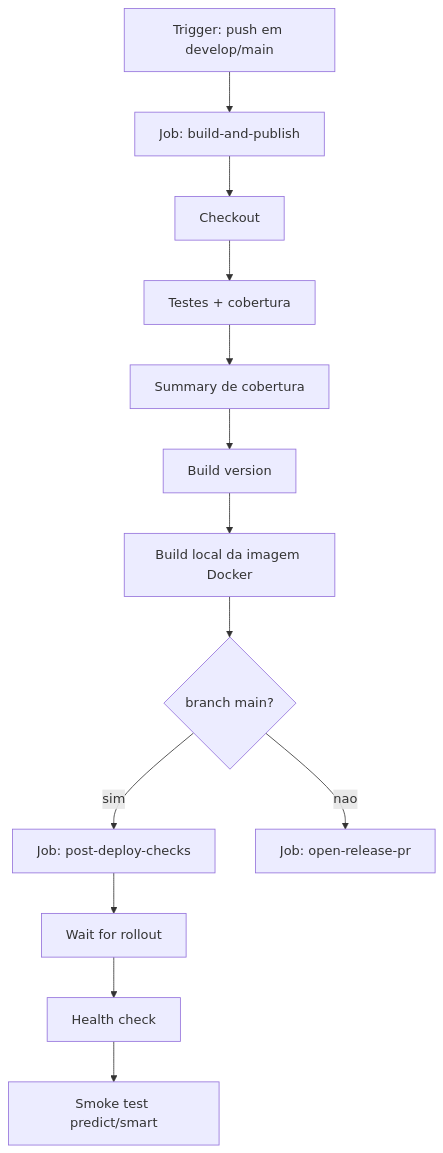
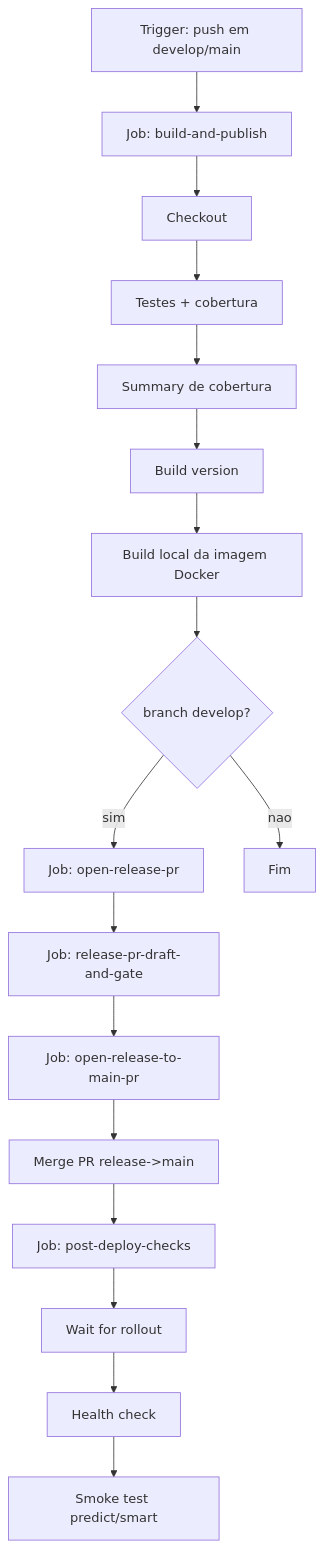
Before and after one commit to PauloGuedes2/passos-magicos-datathon: the fifth of 6 diagrams in README.md, drawn with Mermaid. The commit also changed other lines of this file and 6 other files, not shown here.

````diff
--- a/README.md
+++ b/README.md
@@ -325,15 +325,19 @@
 ```mermaid
 flowchart TD
     T[Trigger: push em develop/main] --> B[Job: build-and-publish]
     B --> B1[Checkout]
     B1 --> B2[Testes + cobertura]
     B2 --> B3[Summary de cobertura]
     B3 --> B4[Build version]
     B4 --> B5[Build local da imagem Docker]
-    B5 --> D{branch main?}
-    D -- sim --> C[Job: post-deploy-checks]
-    D -- nao --> PR[Job: open-release-pr]
+    B5 --> D{branch develop?}
+    D -- sim --> PR[Job: open-release-pr]
+    D -- nao --> E[Fim]
+    PR --> R[Job: release-pr-draft-and-gate]
+    R --> PR2[Job: open-release-to-main-pr]
+    PR2 --> MPR[Merge PR release->main]
+    MPR --> C[Job: post-deploy-checks]
     C --> C1[Wait for rollout]
     C1 --> C2[Health check]
     C2 --> C3[Smoke test predict/smart]
 ```
````
